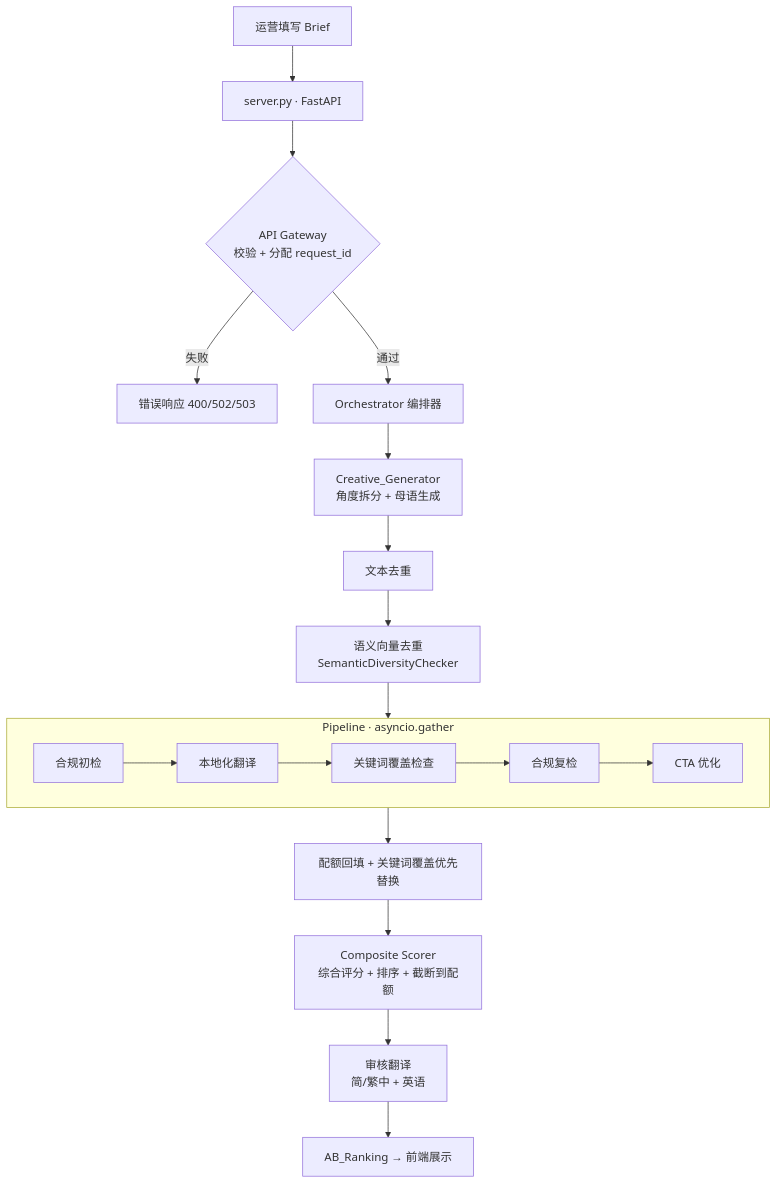
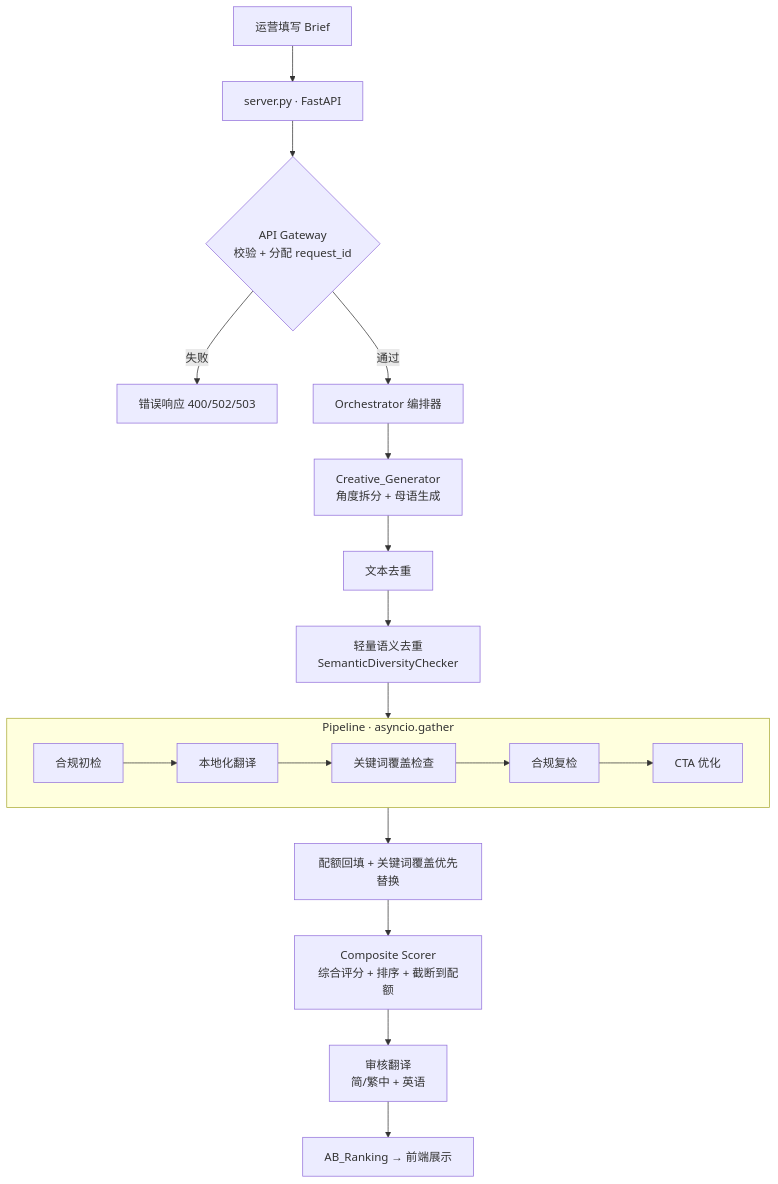
Before and after one commit to kangshengzhe/creative-editor-agent: the diagram in README.md, drawn with Mermaid. The commit also changed other lines of this file, not shown here.

Commit message:
docs: update README to reflect lightweight semantic dedup (no PyTorch, threshold 0.50)

````diff
--- a/README.md
+++ b/README.md
@@ -113,22 +113,22 @@
 ```mermaid
 flowchart TD
     U[运营填写 Brief] --> S[server.py · FastAPI]
     S --> G{API Gateway<br/>校验 + 分配 request_id}
     G -->|失败| E[错误响应 400/502/503]
     G -->|通过| O[Orchestrator 编排器]
 
     O --> GEN[Creative_Generator<br/>角度拆分 + 母语生成]
     GEN --> D1[文本去重]
-    D1 --> D2[语义向量去重<br/>SemanticDiversityChecker]
+    D1 --> D2[轻量语义去重<br/>SemanticDiversityChecker]
     D2 --> P[逐候选流水线 · 并发]
 
     subgraph P [Pipeline · asyncio.gather]
       direction LR
       C1[合规初检] --> L[本地化翻译] --> K[关键词覆盖检查] --> C2[合规复检] --> CTA[CTA 优化]
     end
 
     P --> BF[配额回填 + 关键词覆盖优先替换]
     BF --> R[Composite Scorer<br/>综合评分 + 排序 + 截断到配额]
     R --> RT[审核翻译<br/>简/繁中 + 英语]
     RT --> OUT[AB_Ranking → 前端展示]
 ```
````
